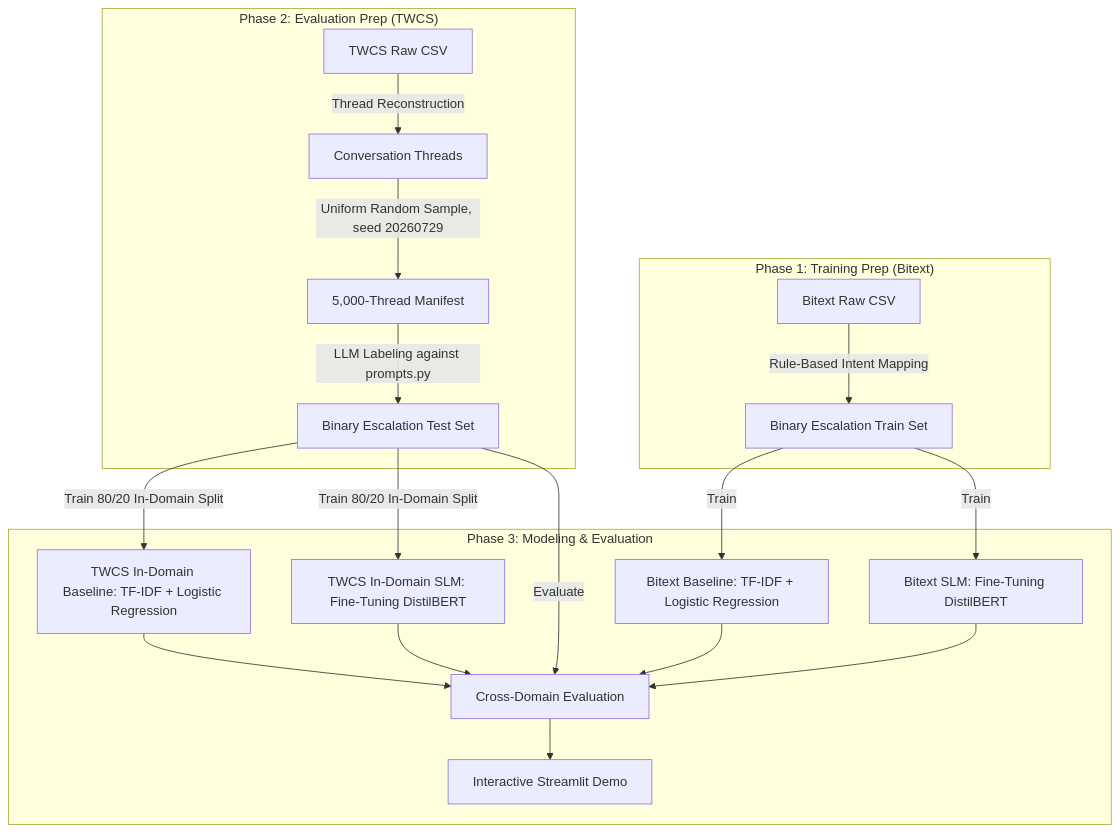
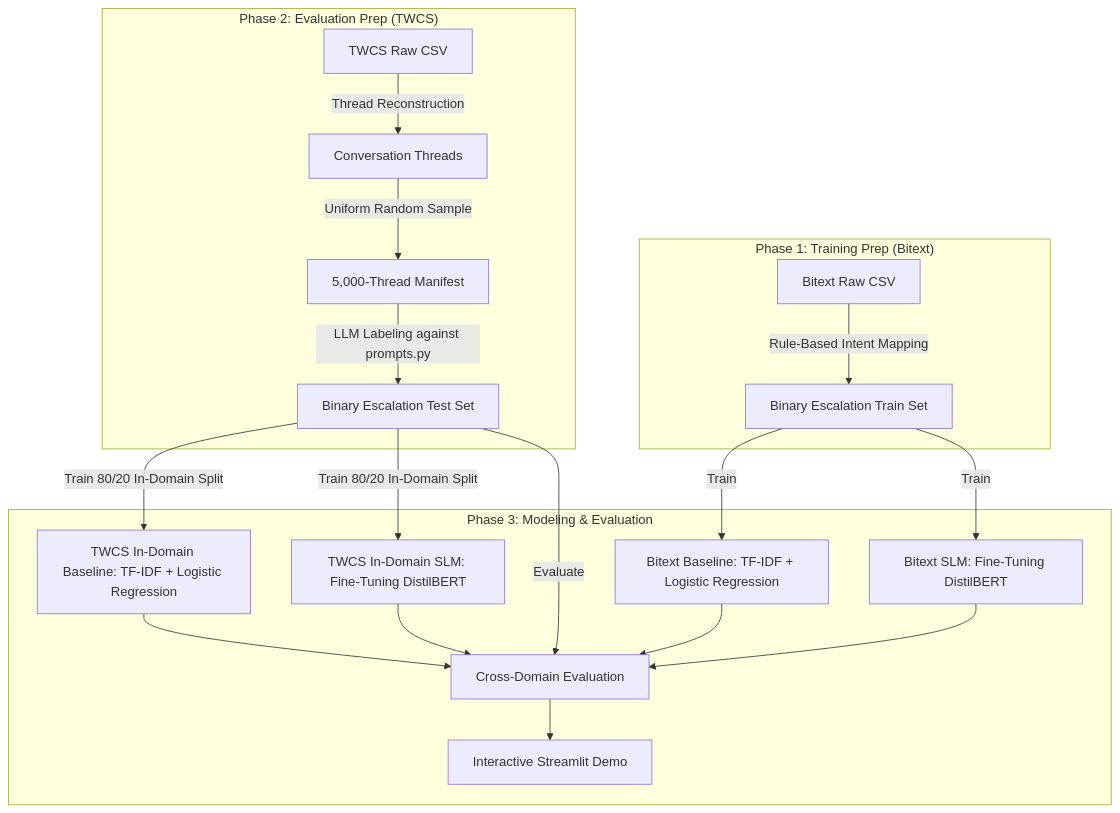
One commit to weirui828/human-loop changed the diagram in README.md. Above: the diagram before and after it, drawn with Mermaid. The commit also changed other lines of this file, not shown here.

````diff
--- a/README.md
+++ b/README.md
@@ -42,25 +42,25 @@
 ```mermaid
 graph TD
     subgraph P1["Phase 1: Training Prep (Bitext)"]
         A1[Bitext Raw CSV] -->|Rule-Based Intent Mapping| B1[Binary Escalation Train Set]
     end
 
     subgraph P2["Phase 2: Evaluation Prep (TWCS)"]
         A2[TWCS Raw CSV] -->|Thread Reconstruction| B2[Conversation Threads]
-        B2 -->|Uniform Random Sample, seed 20260729| B3[5,000-Thread Manifest]
+        B2 -->|Uniform Random Sample| B3[5,000-Thread Manifest]
         B3 -->|LLM Labeling against prompts.py| C2[Binary Escalation Test Set]
     end
 
     subgraph P3["Phase 3: Modeling & Evaluation"]
         B1 -->|Train| D[Bitext Baseline: TF-IDF + Logistic Regression]
         B1 -->|Train| E[Bitext SLM: Fine-Tuning DistilBERT]
         C2 -->|Train 80/20 In-Domain Split| H[TWCS In-Domain Baseline: TF-IDF + Logistic Regression]
         C2 -->|Train 80/20 In-Domain Split| I[TWCS In-Domain SLM: Fine-Tuning DistilBERT]
         C2 -->|Evaluate| F[Cross-Domain Evaluation]
         D --> F
         E --> F
         H --> F
         I --> F
         F --> G[Interactive Streamlit Demo]
     end
 ```
````
